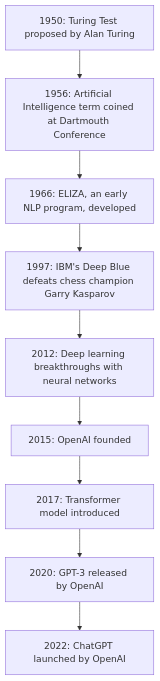
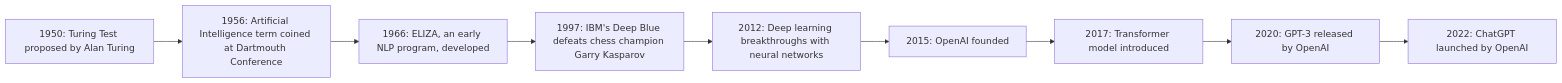
The diagram in chapters/transformers.qmd (cambroise/Lecture_NLP_2026), drawn with Mermaid before and after one commit. The commit also changed other lines of this file and 9 other files, not shown here.

````diff
--- a/chapters/transformers.qmd
+++ b/chapters/transformers.qmd
@@ -12,12 +23,12 @@
 ```{mermaid}
-graph TD
+graph LR
     A["1950: Turing Test proposed by Alan Turing"]
     A --> B["1956: Artificial Intelligence term coined at Dartmouth Conference"]
     B --> C["1966: ELIZA, an early NLP program, developed"]
     C --> D["1997: IBM's Deep Blue defeats chess champion Garry Kasparov"]
     D --> E["2012: Deep learning breakthroughs with neural networks"]
     E --> F["2015: OpenAI founded"]
     F --> G["2017: Transformer model introduced"]
     G --> H["2020: GPT-3 released by OpenAI"]
     H --> I["2022: ChatGPT launched by OpenAI"]
 ```
````
